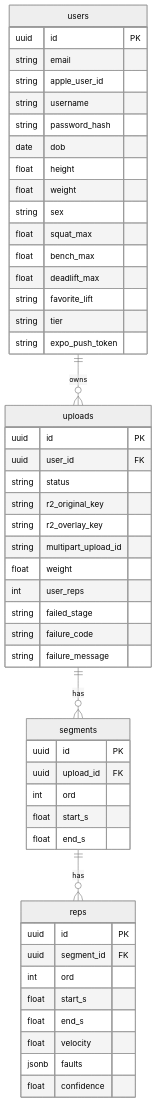
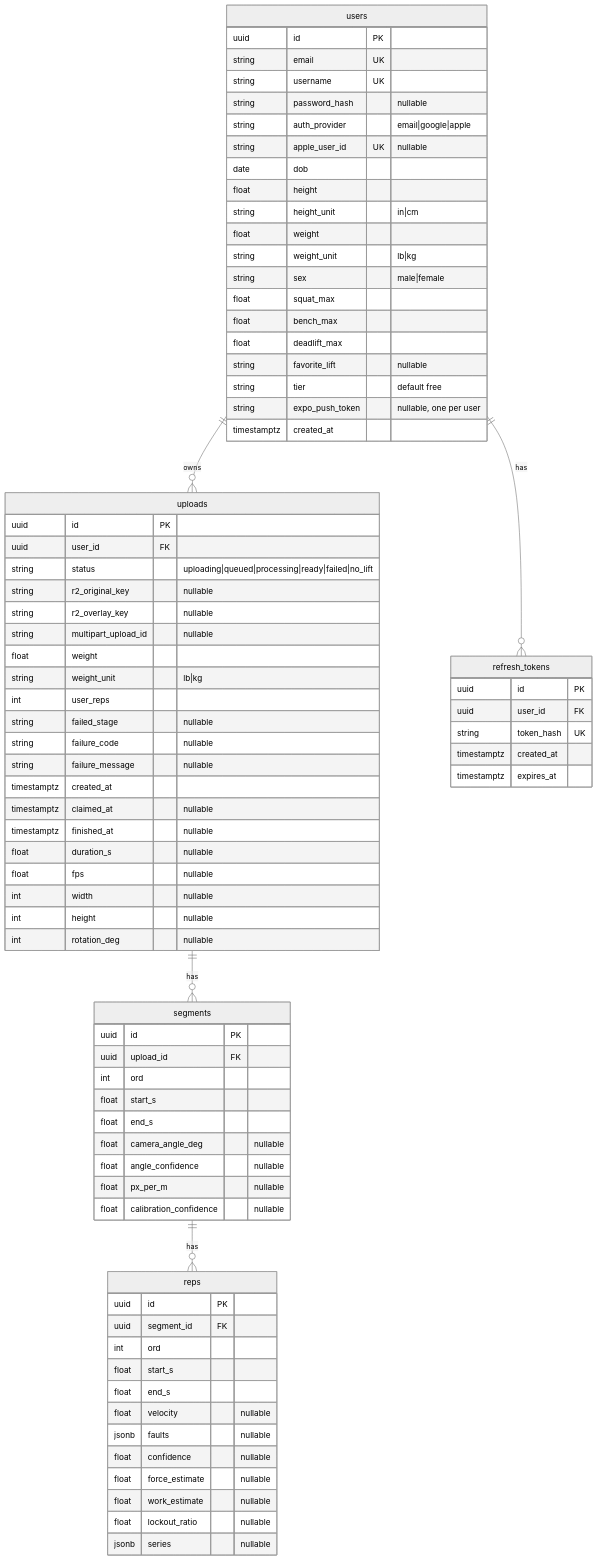
Before and after one commit to ctsc/LiftCam: the diagram in diagrams/er-data-model.md, drawn with Mermaid (neutral theme). The commit also changed other lines of this file and 20 other files, not shown here.

````diff
--- a/diagrams/er-data-model.md
+++ b/diagrams/er-data-model.md
@@ -3,39 +5,61 @@
 ```mermaid
 erDiagram
   users ||--o{ uploads : owns
+  users ||--o{ refresh_tokens : has
   uploads ||--o{ segments : has
   segments ||--o{ reps : has
 
   users {
     uuid id PK
-    string email
-    string apple_user_id
-    string username
-    string password_hash
+    string email UK
+    string username UK
+    string password_hash "nullable"
+    string auth_provider "email|google|apple"
+    string apple_user_id UK "nullable"
     date dob
     float height
+    string height_unit "in|cm"
     float weight
-    string sex
+    string weight_unit "lb|kg"
+    string sex "male|female"
     float squat_max
     float bench_max
     float deadlift_max
-    string favorite_lift
-    string tier
-    string expo_push_token
+    string favorite_lift "nullable"
+    string tier "default free"
+    string expo_push_token "nullable, one per user"
+    timestamptz created_at
+  }
+
+  refresh_tokens {
+    uuid id PK
+    uuid user_id FK
+    string token_hash UK
+    timestamptz created_at
+    timestamptz expires_at
   }
 
   uploads {
     uuid id PK
     uuid user_id FK
-    string status
-    string r2_original_key
-    string r2_overlay_key
-    string multipart_upload_id
+    string status "uploading|queued|processing|ready|failed|no_lift"
+    string r2_original_key "nullable"
+    string r2_overlay_key "nullable"
+    string multipart_upload_id "nullable"
     float weight
+    string weight_unit "lb|kg"
     int user_reps
-    string failed_stage
-    string failure_code
-    string failure_message
+    string failed_stage "nullable"
+    string failure_code "nullable"
+    string failure_message "nullable"
+    timestamptz created_at
+    timestamptz claimed_at "nullable"
+    timestamptz finished_at "nullable"
+    float duration_s "nullable"
+    float fps "nullable"
+    int width "nullable"
+    int height "nullable"
+    int rotation_deg "nullable"
   }
 
   segments {
@@ -44,6 +68,10 @@
     int ord
     float start_s
     float end_s
+    float camera_angle_deg "nullable"
+    float angle_confidence "nullable"
+    float px_per_m "nullable"
+    float calibration_confidence "nullable"
   }
 
   reps {
@@ -52,8 +80,12 @@
     int ord
     float start_s
     float end_s
-    float velocity
-    jsonb faults
-    float confidence
+    float velocity "nullable"
+    jsonb faults "nullable"
+    float confidence "nullable"
+    float force_estimate "nullable"
+    float work_estimate "nullable"
+    float lockout_ratio "nullable"
+    jsonb series "nullable"
   }
 ```
````
